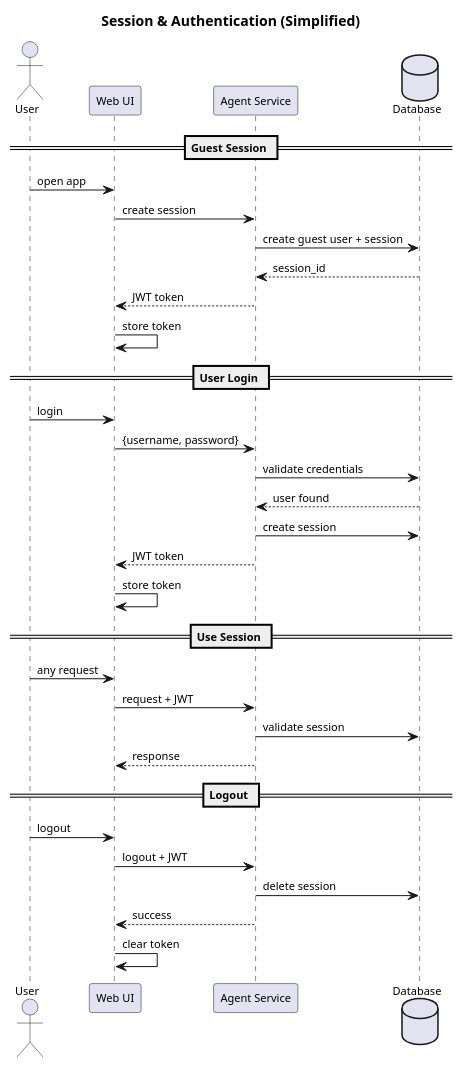
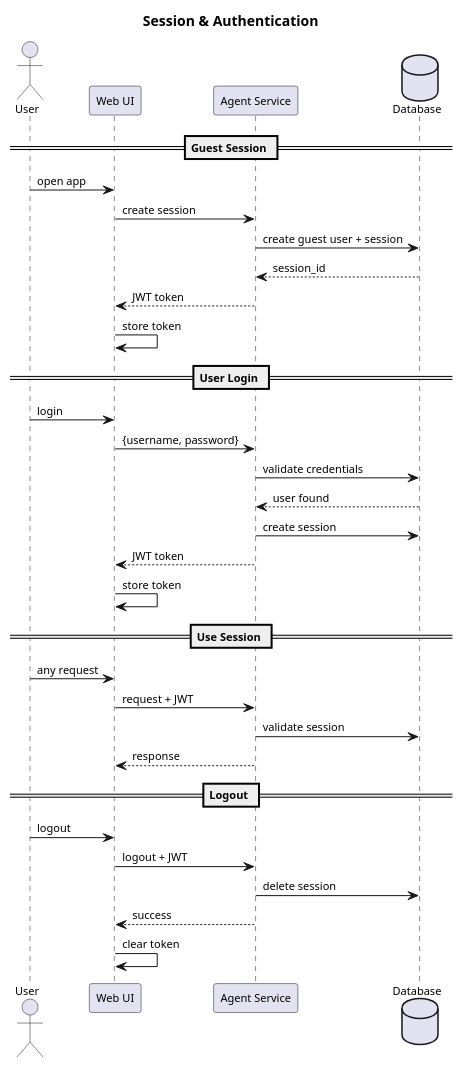
The diagram in architecture/A4_02_flow_session_auth.puml (HenryNVP/strategic_planning_AI), drawn with PlantUML before and after one commit. The commit also changed 4 other files, not shown here.

Commit message:
sequences

```diff
--- a/architecture/A4_02_flow_session_auth.puml
+++ b/architecture/A4_02_flow_session_auth.puml
@@ -1,43 +1,43 @@
 @startuml A4_02_flow_session_auth_simple
-title Session & Authentication (Simplified)
+title Session & Authentication
 
 skinparam shadowing false
 skinparam defaultFontName Arial
 skinparam defaultFontSize 11
 
 actor User
 participant "Web UI" as UI
 participant "Agent Service" as AGENT
 database "Database" as DB
 
 == Guest Session ==
 User -> UI : open app
 UI -> AGENT : create session
 AGENT -> DB : create guest user + session
 DB --> AGENT : session_id
 AGENT --> UI : JWT token
 UI -> UI : store token
 
 == User Login ==
 User -> UI : login
 UI -> AGENT : {username, password}
 AGENT -> DB : validate credentials
 DB --> AGENT : user found
 AGENT -> DB : create session
 AGENT --> UI : JWT token
 UI -> UI : store token
 
 == Use Session ==
 User -> UI : any request
 UI -> AGENT : request + JWT
 AGENT -> DB : validate session
 AGENT --> UI : response
 
 == Logout ==
 User -> UI : logout
 UI -> AGENT : logout + JWT
 AGENT -> DB : delete session
 AGENT --> UI : success
 UI -> UI : clear token
 
 @enduml
```
